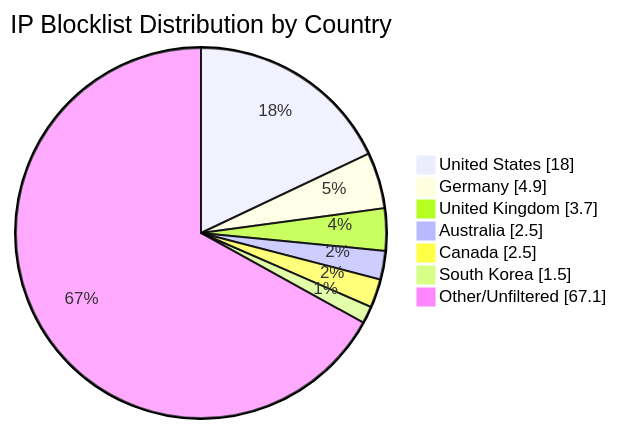
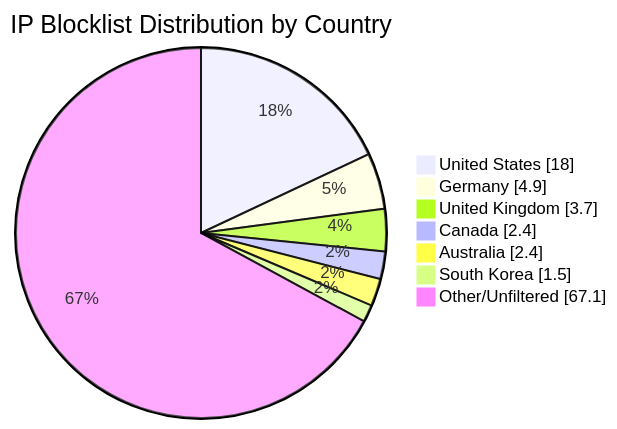
One commit to MarcusHoltz/ipblocklist-geofiltered-aggregator changed the diagram in README.md. Above: the diagram before and after it, drawn with Mermaid. The commit also changed other lines of this file and 9 other files, not shown here.

````diff
--- a/README.md
+++ b/README.md
@@ -34,10 +34,10 @@
 ```mermaid
 pie showData title IP Blocklist Distribution by Country
 "United States" : 18.0
 "Germany" : 4.9
 "United Kingdom" : 3.7
-"Australia" : 2.5
-"Canada" : 2.5
+"Canada" : 2.4
+"Australia" : 2.4
 "South Korea" : 1.5
 "Other/Unfiltered" : 67.1
 ```
````
